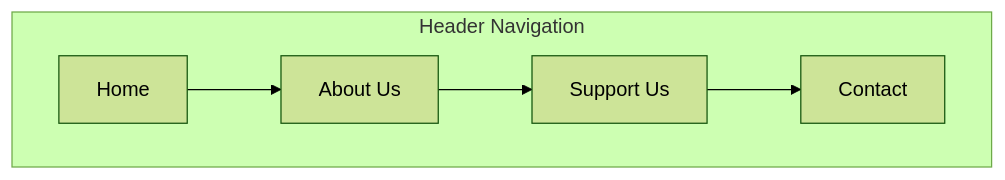
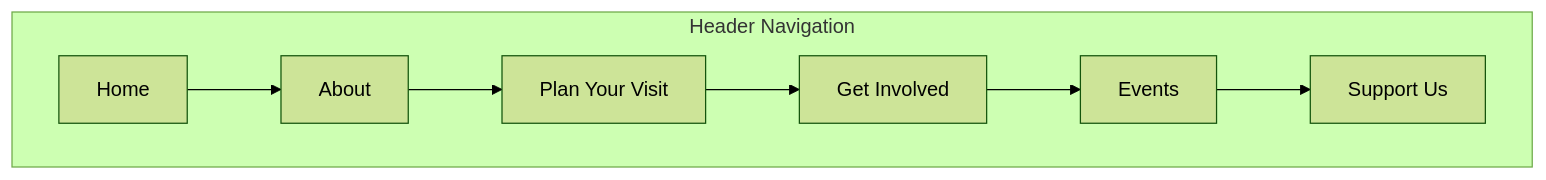
The third of 5 diagrams in product-docs/site-structure.md (SebastianGarces/vertical-church), drawn with Mermaid (forest theme) before and after one commit. The commit also changed other lines of this file and 46 other files, not shown here.

````diff
--- a/product-docs/site-structure.md
+++ b/product-docs/site-structure.md
@@ -74,7 +135,7 @@
 ```mermaid
 flowchart LR
     subgraph Header["Header Navigation"]
         direction LR
-        H1["Home"] --> H2["About Us"] --> H3["Support Us"] --> H4["Contact"]
+        H1["Home"] --> H2["About"] --> H3["Plan Your Visit"] --> H4["Get Involved"] --> H5["Events"] --> H6["Support Us"]
     end
 ```
````
